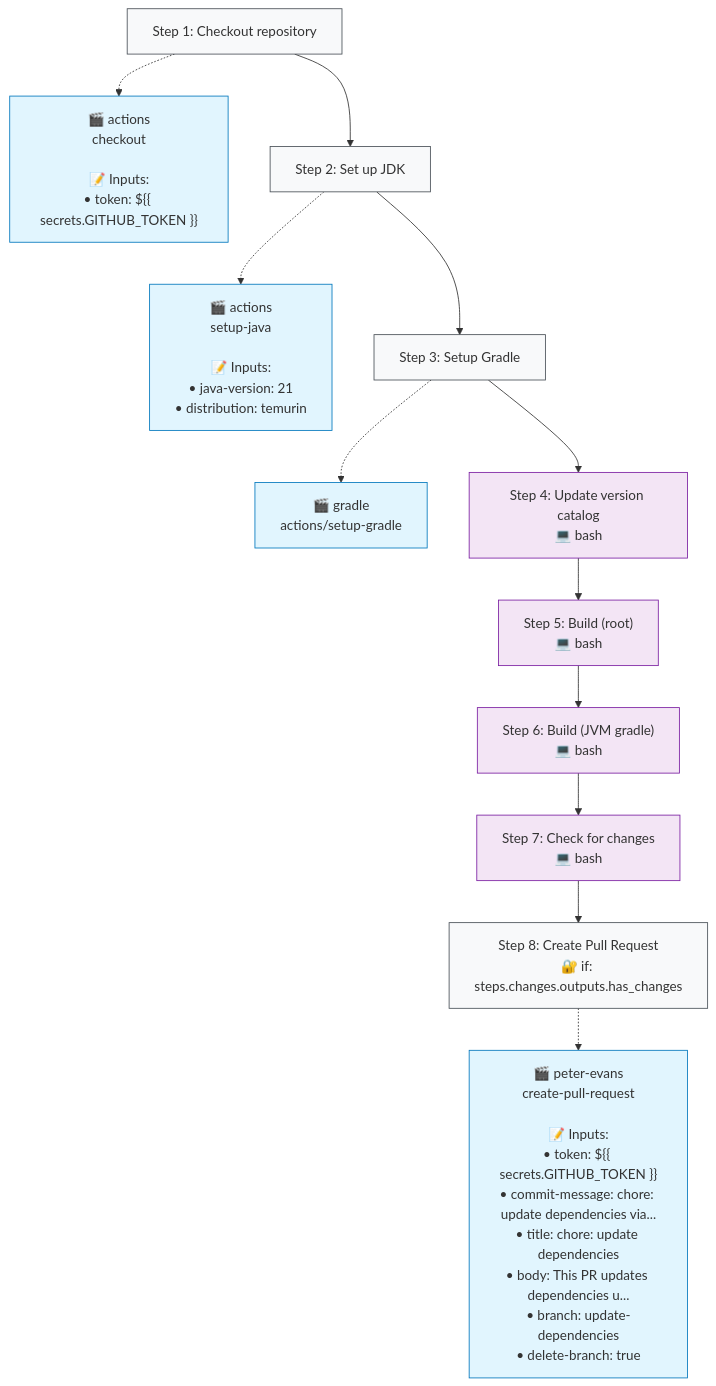
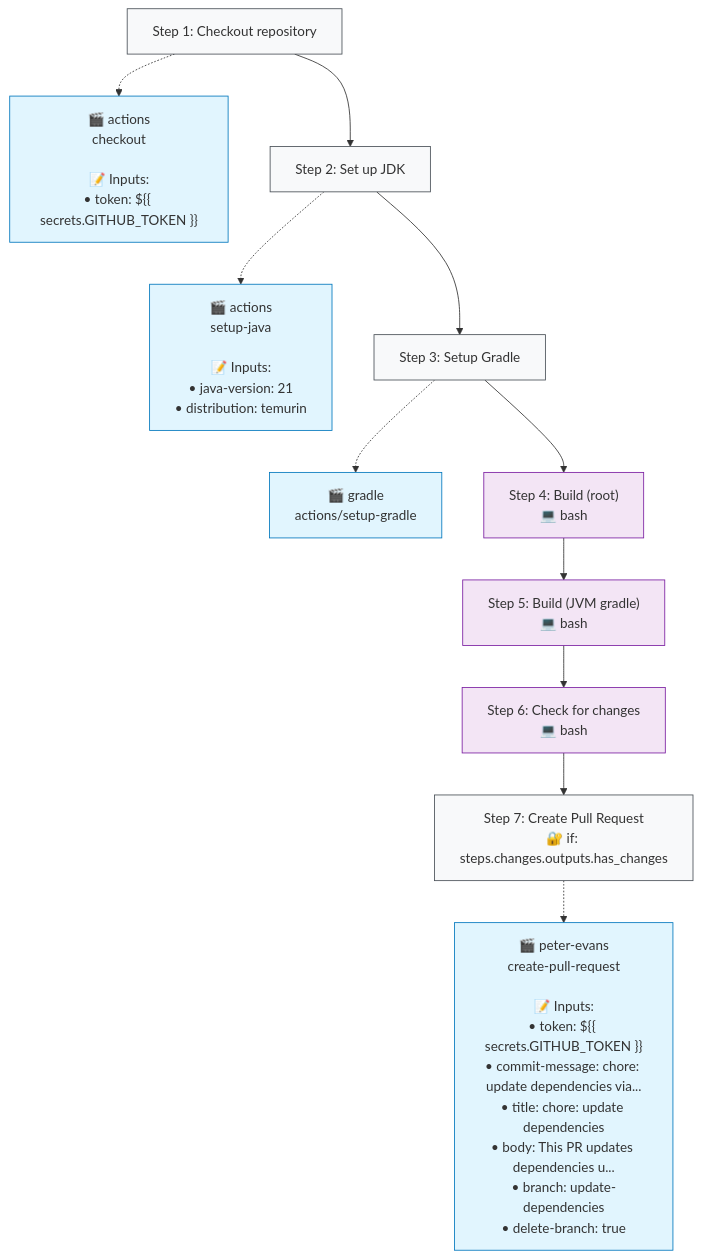
Before and after one commit to typeflows/typeflows: the second of 2 diagrams in .github/typeflows/update-dependencies/README.md, drawn with Mermaid. The commit also changed 2 other files, not shown here.

Commit message:
Add typeflowsExport to the build for each project

````diff
--- a/.github/typeflows/update-dependencies/README.md
+++ b/.github/typeflows/update-dependencies/README.md
@@ -23,39 +23,36 @@
 ```mermaid
 %%{init: {"flowchart": {"curve": "basis"}}}%%
 flowchart TD
     step1["Step 1: Checkout repository"]
     style step1 fill:#f8f9fa,stroke:#495057
     action1["🎬 actions<br/>checkout<br/><br/>📝 Inputs:<br/>• token: ${{ secrets.GITHUB_TOKEN }}"]
     style action1 fill:#e1f5fe,stroke:#0277bd
     step1 -.-> action1
     step2["Step 2: Set up JDK"]
     style step2 fill:#f8f9fa,stroke:#495057
     action2["🎬 actions<br/>setup-java<br/><br/>📝 Inputs:<br/>• java-version: 21<br/>• distribution: temurin"]
     style action2 fill:#e1f5fe,stroke:#0277bd
     step2 -.-> action2
     step1 --> step2
     step3["Step 3: Setup Gradle"]
     style step3 fill:#f8f9fa,stroke:#495057
     action3["🎬 gradle<br/>actions/setup-gradle"]
     style action3 fill:#e1f5fe,stroke:#0277bd
     step3 -.-> action3
     step2 --> step3
-    step4["Step 4: Update version catalog<br/>💻 bash"]
+    step4["Step 4: Build (root)<br/>💻 bash"]
     style step4 fill:#f3e5f5,stroke:#7b1fa2
     step3 --> step4
-    step5["Step 5: Build (root)<br/>💻 bash"]
+    step5["Step 5: Build (JVM gradle)<br/>💻 bash"]
     style step5 fill:#f3e5f5,stroke:#7b1fa2
     step4 --> step5
-    step6["Step 6: Build (JVM gradle)<br/>💻 bash"]
+    step6["Step 6: Check for changes<br/>💻 bash"]
     style step6 fill:#f3e5f5,stroke:#7b1fa2
     step5 --> step6
-    step7["Step 7: Check for changes<br/>💻 bash"]
-    style step7 fill:#f3e5f5,stroke:#7b1fa2
+    step7["Step 7: Create Pull Request<br/>🔐 if: steps.changes.outputs.has_changes"]
+    style step7 fill:#f8f9fa,stroke:#495057
+    action7["🎬 peter-evans<br/>create-pull-request<br/><br/>📝 Inputs:<br/>• token: ${{ secrets.GITHUB_TOKEN }}<br/>• commit-message: chore: update dependencies via...<br/>• title: chore: update dependencies<br/>• body: This PR updates dependencies u...<br/>• branch: update-dependencies<br/>• delete-branch: true"]
+    style action7 fill:#e1f5fe,stroke:#0277bd
+    step7 -.-> action7
     step6 --> step7
-    step8["Step 8: Create Pull Request<br/>🔐 if: steps.changes.outputs.has_changes"]
-    style step8 fill:#f8f9fa,stroke:#495057
-    action8["🎬 peter-evans<br/>create-pull-request<br/><br/>📝 Inputs:<br/>• token: ${{ secrets.GITHUB_TOKEN }}<br/>• commit-message: chore: update dependencies via...<br/>• title: chore: update dependencies<br/>• body: This PR updates dependencies u...<br/>• branch: update-dependencies<br/>• delete-branch: true"]
-    style action8 fill:#e1f5fe,stroke:#0277bd
-    step8 -.-> action8
-    step7 --> step8
 ```
````
